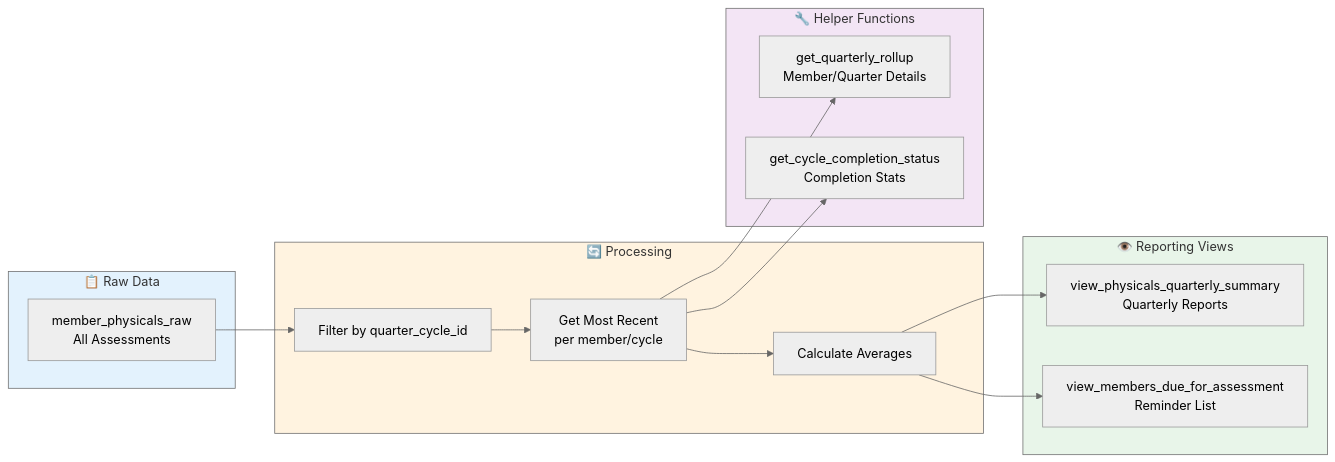
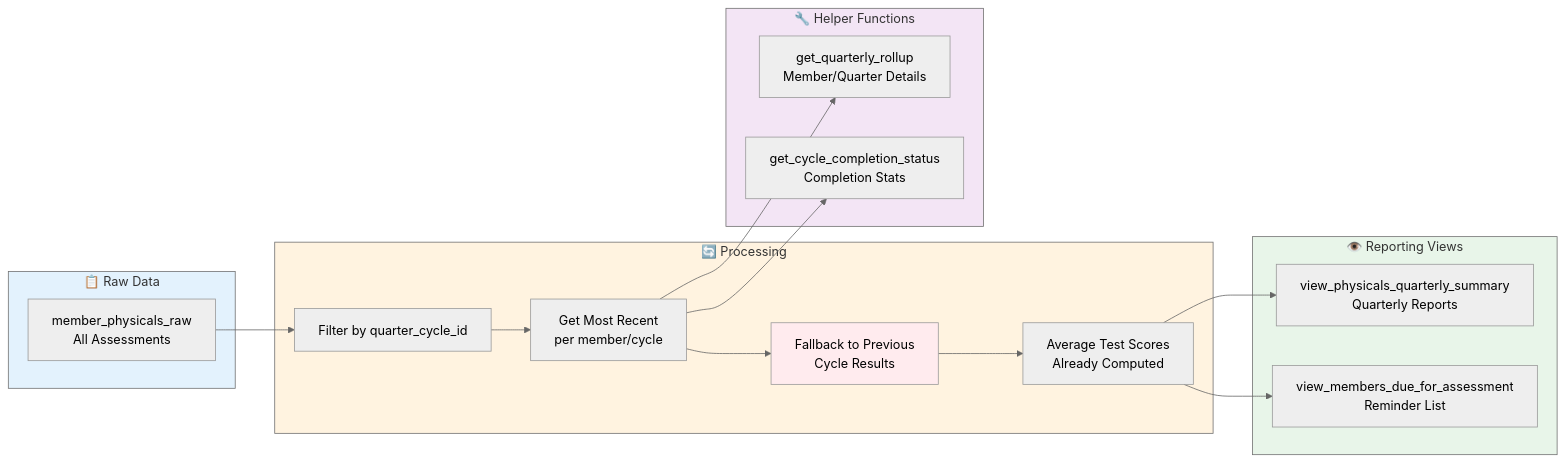
The seventh of 9 diagrams in README.md (towshau/physicals_v2), drawn with Mermaid (neutral theme) before and after one commit. The commit also changed other lines of this file, not shown here.

Commit message:
Update README: clarify score calculation and add fallback logic diagram

````diff
--- a/README.md
+++ b/README.md
@@ -160,35 +181,38 @@
 ```mermaid
 flowchart LR
     subgraph Data["📋 Raw Data"]
         Raw[member_physicals_raw<br/>All Assessments]
     end
     
     subgraph Processing["🔄 Processing"]
         Filter[Filter by quarter_cycle_id]
         Latest[Get Most Recent<br/>per member/cycle]
-        Aggregate[Calculate Averages]
+        Fallback[Fallback to Previous<br/>Cycle Results]
+        AvgScore[Average Test Scores<br/>Already Computed]
     end
     
     subgraph Views["👁️ Reporting Views"]
         Summary[view_physicals_quarterly_summary<br/>Quarterly Reports]
         Due[view_members_due_for_assessment<br/>Reminder List]
     end
     
     subgraph Functions["🔧 Helper Functions"]
         Rollup[get_quarterly_rollup<br/>Member/Quarter Details]
         Status[get_cycle_completion_status<br/>Completion Stats]
     end
     
     Raw --> Filter
     Filter --> Latest
-    Latest --> Aggregate
-    Aggregate --> Summary
-    Aggregate --> Due
+    Latest --> Fallback
+    Fallback --> AvgScore
+    AvgScore --> Summary
+    AvgScore --> Due
     Latest --> Rollup
     Latest --> Status
     
     style Data fill:#e3f2fd
     style Processing fill:#fff3e0
     style Views fill:#e8f5e9
     style Functions fill:#f3e5f5
+    style Fallback fill:#ffebee
 ```
````
